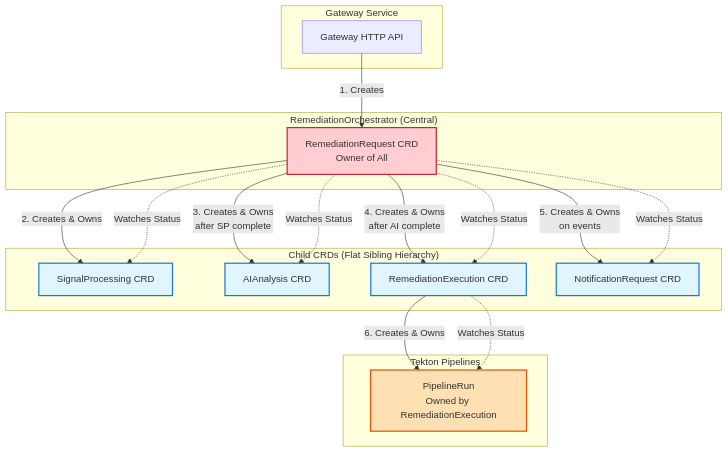
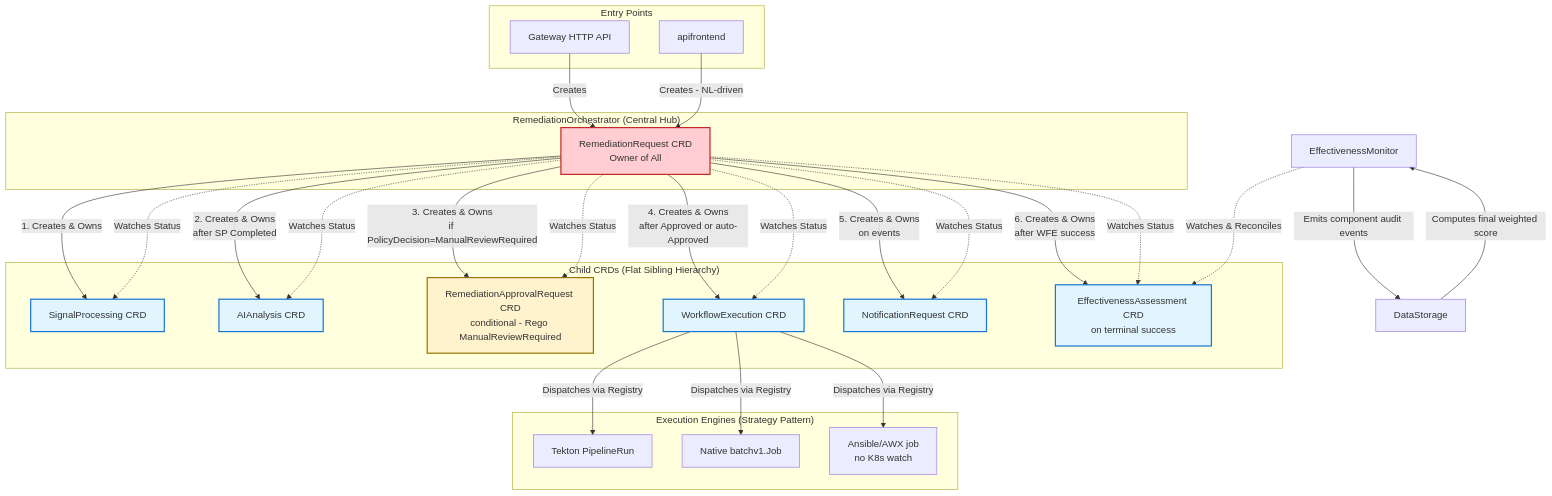
One commit to jordigilh/kubernaut changed the first of 3 diagrams in docs/architecture/KUBERNAUT_CRD_ARCHITECTURE.md. Above: the diagram before and after it, drawn with Mermaid. The commit also changed other lines of this file and 4 other files, not shown here.

````diff
--- a/docs/architecture/KUBERNAUT_CRD_ARCHITECTURE.md
+++ b/docs/architecture/KUBERNAUT_CRD_ARCHITECTURE.md
@@ -623,41 +691,56 @@
 ```mermaid
 graph TB
-    subgraph "Gateway Service"
+    subgraph "Entry Points"
         GW[Gateway HTTP API]
+        AF[apifrontend]
     end
 
-    subgraph "RemediationOrchestrator (Central)"
+    subgraph "RemediationOrchestrator (Central Hub)"
         ORCH[RemediationRequest CRD<br/>Owner of All]
     end
 
     subgraph "Child CRDs (Flat Sibling Hierarchy)"
         SP[SignalProcessing CRD]
         AI[AIAnalysis CRD]
-        WF[RemediationExecution CRD]
+        RAR[RemediationApprovalRequest CRD<br/>conditional - Rego ManualReviewRequired]
+        WF[WorkflowExecution CRD]
         NOT[NotificationRequest CRD]
+        EA[EffectivenessAssessment CRD<br/>on terminal success]
     end
 
-    subgraph "Tekton Pipelines"
-        PR[PipelineRun<br/>Owned by RemediationExecution]
+    subgraph "Execution Engines (Strategy Pattern)"
+        TEK[Tekton PipelineRun]
+        JOB[Native batchv1.Job]
+        AWX[Ansible/AWX job<br/>no K8s watch]
     end
 
-    GW -->|1. Creates| ORCH
-    ORCH -->|2. Creates & Owns| SP
-    ORCH -->|3. Creates & Owns<br/>after SP complete| AI
-    ORCH -->|4. Creates & Owns<br/>after AI complete| WF
+    GW -->|Creates| ORCH
+    AF -->|Creates - NL-driven| ORCH
+    ORCH -->|1. Creates & Owns| SP
+    ORCH -->|2. Creates & Owns<br/>after SP Completed| AI
+    ORCH -->|3. Creates & Owns<br/>if PolicyDecision=ManualReviewRequired| RAR
+    ORCH -->|4. Creates & Owns<br/>after Approved or auto-Approved| WF
     ORCH -->|5. Creates & Owns<br/>on events| NOT
-    WF -->|6. Creates & Owns| PR
+    ORCH -->|6. Creates & Owns<br/>after WFE success| EA
+    WF -->|Dispatches via Registry| TEK
+    WF -->|Dispatches via Registry| JOB
+    WF -->|Dispatches via Registry| AWX
 
     ORCH -.->|Watches Status| SP
     ORCH -.->|Watches Status| AI
+    ORCH -.->|Watches Status| RAR
     ORCH -.->|Watches Status| WF
     ORCH -.->|Watches Status| NOT
-    WF -.->|Watches Status| PR
+    ORCH -.->|Watches Status| EA
+    EM[EffectivenessMonitor] -.->|Watches & Reconciles| EA
+    EM -->|Emits component audit events| DS[DataStorage]
+    DS -->|Computes final weighted score| EM
 
     style ORCH fill:#ffcdd2,stroke:#c62828,stroke-width:2px
     style SP fill:#e1f5ff,stroke:#1976d2,stroke-width:2px
     style AI fill:#e1f5ff,stroke:#1976d2,stroke-width:2px
+    style RAR fill:#fff3cd,stroke:#997404,stroke-width:2px
     style WF fill:#e1f5ff,stroke:#1976d2,stroke-width:2px
     style NOT fill:#e1f5ff,stroke:#1976d2,stroke-width:2px
-    style PR fill:#ffe0b2,stroke:#e65100,stroke-width:2px
+    style EA fill:#e1f5ff,stroke:#1976d2,stroke-width:2px
 ```
````
